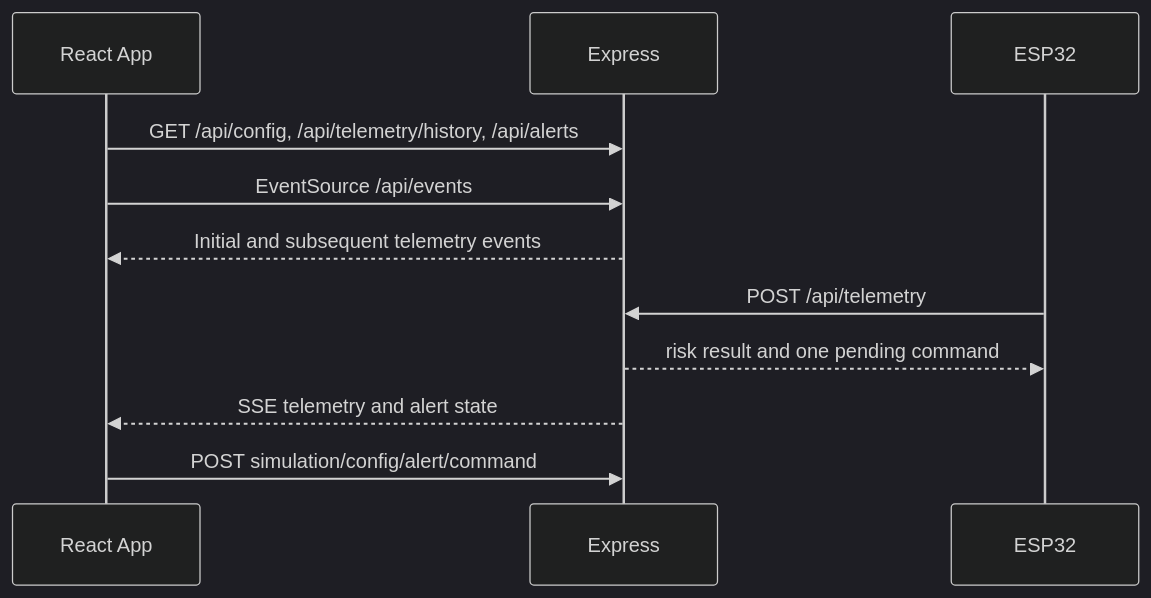
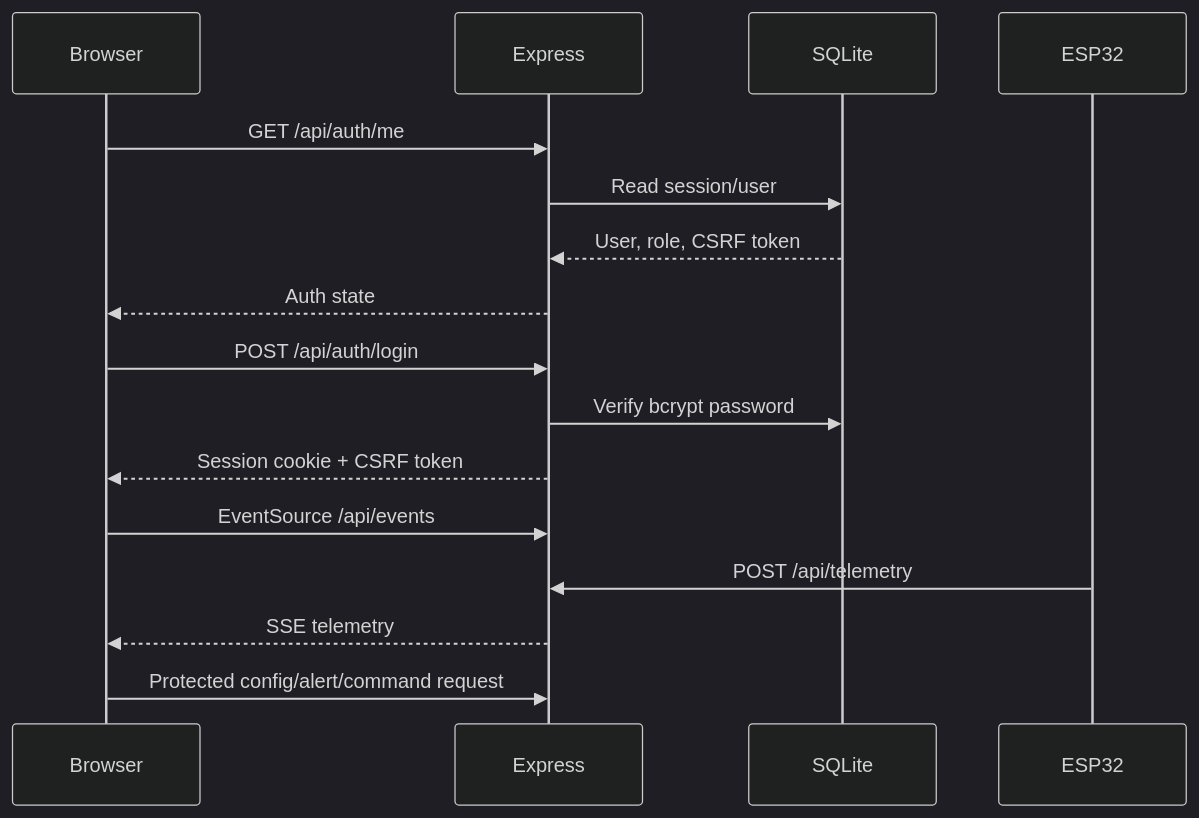
One commit to Jotimoy/AIoT-Smart-Launch-Risk-Assessment changed the fifth of 5 diagrams in README.md. Above: the diagram before and after it, drawn with Mermaid (dark theme). The commit also changed other lines of this file, not shown here.

Commit message:
docs: update README for auth and theme flow

````diff
--- a/README.md
+++ b/README.md
@@ -165,13 +149,18 @@
 ```mermaid
 sequenceDiagram
-  participant UI as React App
+  participant Browser
   participant API as Express
-  participant ESP as ESP32
-  UI->>API: GET /api/config, /api/telemetry/history, /api/alerts
-  UI->>API: EventSource /api/events
-  API-->>UI: Initial and subsequent telemetry events
-  ESP->>API: POST /api/telemetry
-  API-->>ESP: risk result and one pending command
-  API-->>UI: SSE telemetry and alert state
-  UI->>API: POST simulation/config/alert/command
+  participant SQLite
+  participant ESP32
+  Browser->>API: GET /api/auth/me
+  API->>SQLite: Read session/user
+  SQLite-->>API: User, role, CSRF token
+  API-->>Browser: Auth state
+  Browser->>API: POST /api/auth/login
+  API->>SQLite: Verify bcrypt password
+  API-->>Browser: Session cookie + CSRF token
+  Browser->>API: EventSource /api/events
+  ESP32->>API: POST /api/telemetry
+  API-->>Browser: SSE telemetry
+  Browser->>API: Protected config/alert/command request
 ```
````
